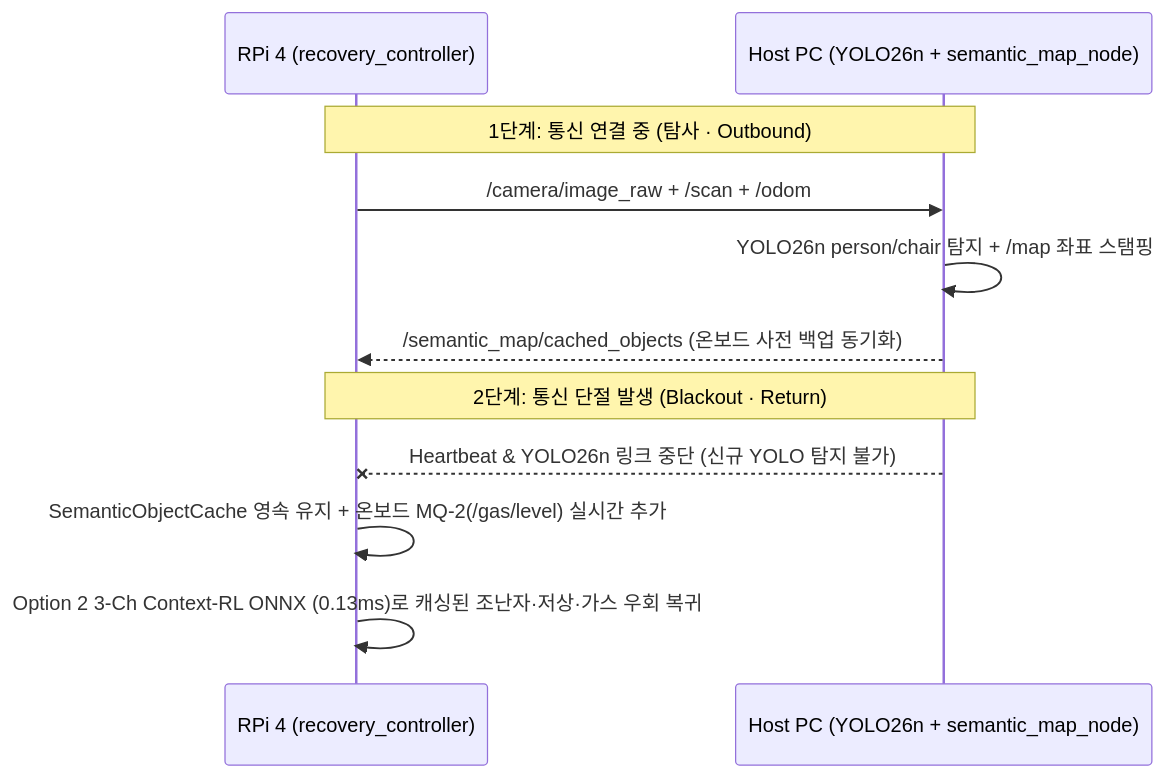
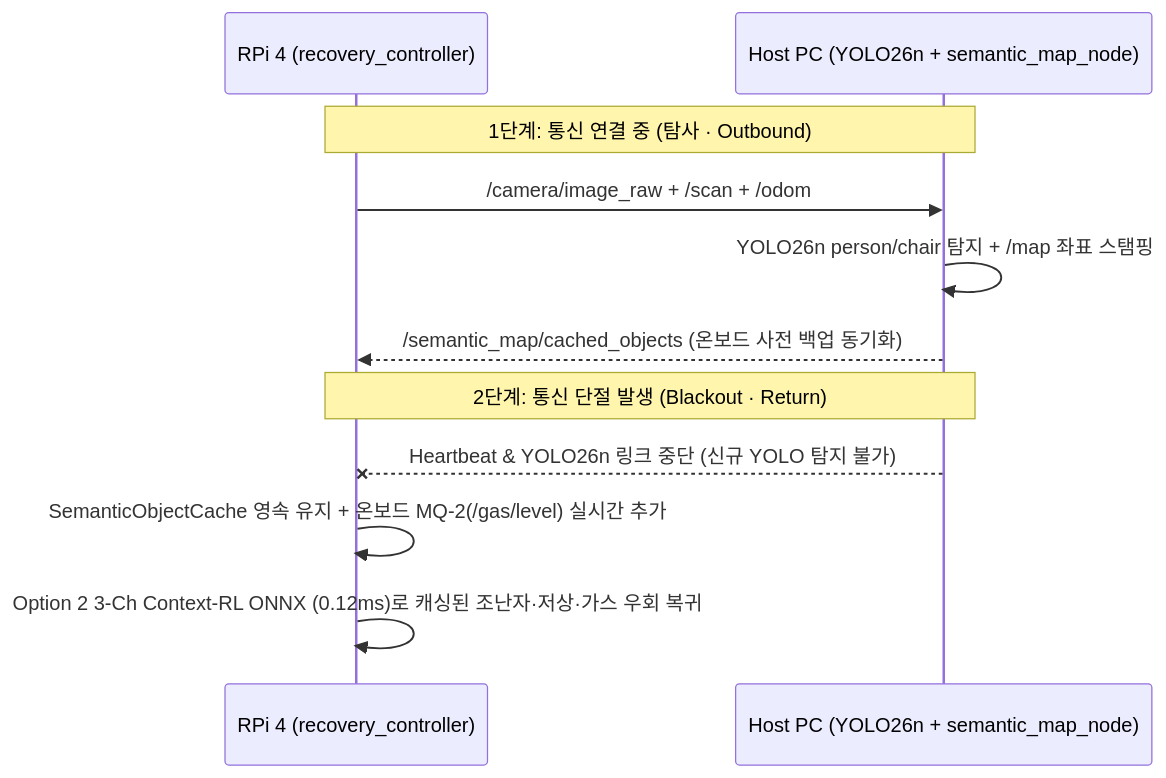
Before and after one commit to rjw136-lab/disaster_recovery_ws: the fourth of 4 diagrams in README.md, drawn with Mermaid. The commit also changed other lines of this file, not shown here.

Commit message:
docs(readme): move Option 2 equations to display blocks, fix broken math, and polish readability

````diff
--- a/README.md
+++ b/README.md
@@ -390,13 +391,13 @@
 ```mermaid
 sequenceDiagram
     participant Robot as RPi 4 (recovery_controller)
     participant Host as Host PC (YOLO26n + semantic_map_node)
     Note over Robot,Host: 1단계: 통신 연결 중 (탐사 · Outbound)
     Robot->>Host: /camera/image_raw + /scan + /odom
     Host->>Host: YOLO26n person/chair 탐지 + /map 좌표 스탬핑
     Host-->>Robot: /semantic_map/cached_objects (온보드 사전 백업 동기화)
     Note over Robot,Host: 2단계: 통신 단절 발생 (Blackout · Return)
     Host--xRobot: Heartbeat & YOLO26n 링크 중단 (신규 YOLO 탐지 불가)
     Robot->>Robot: SemanticObjectCache 영속 유지 + 온보드 MQ-2(/gas/level) 실시간 추가
-    Robot->>Robot: Option 2 3-Ch Context-RL ONNX (0.13ms)로 캐싱된 조난자·저상·가스 우회 복귀
+    Robot->>Robot: Option 2 3-Ch Context-RL ONNX (0.12ms)로 캐싱된 조난자·저상·가스 우회 복귀
 ```
````
